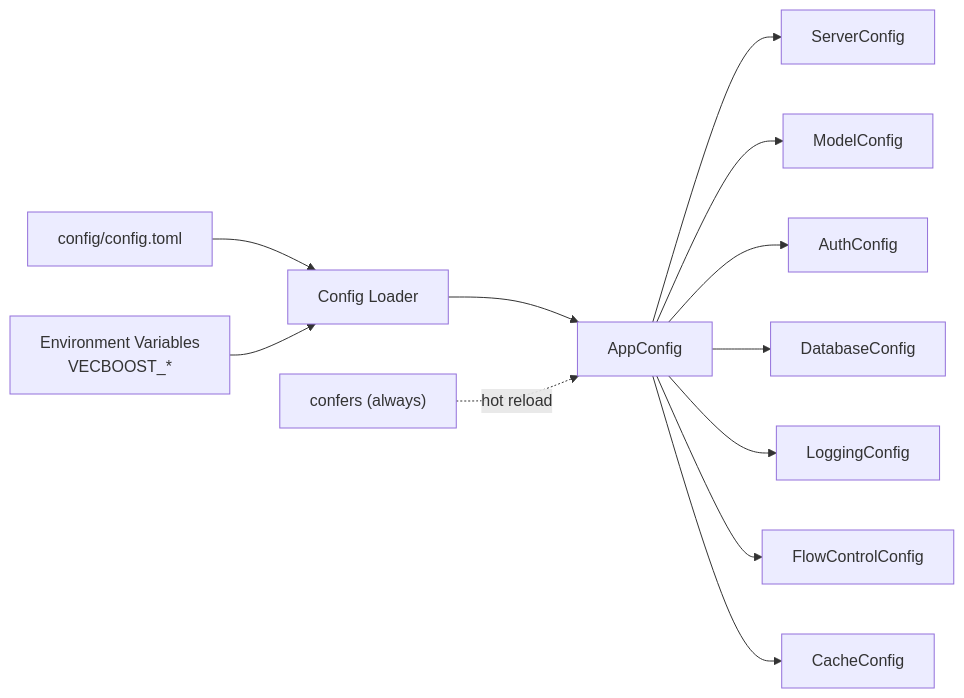
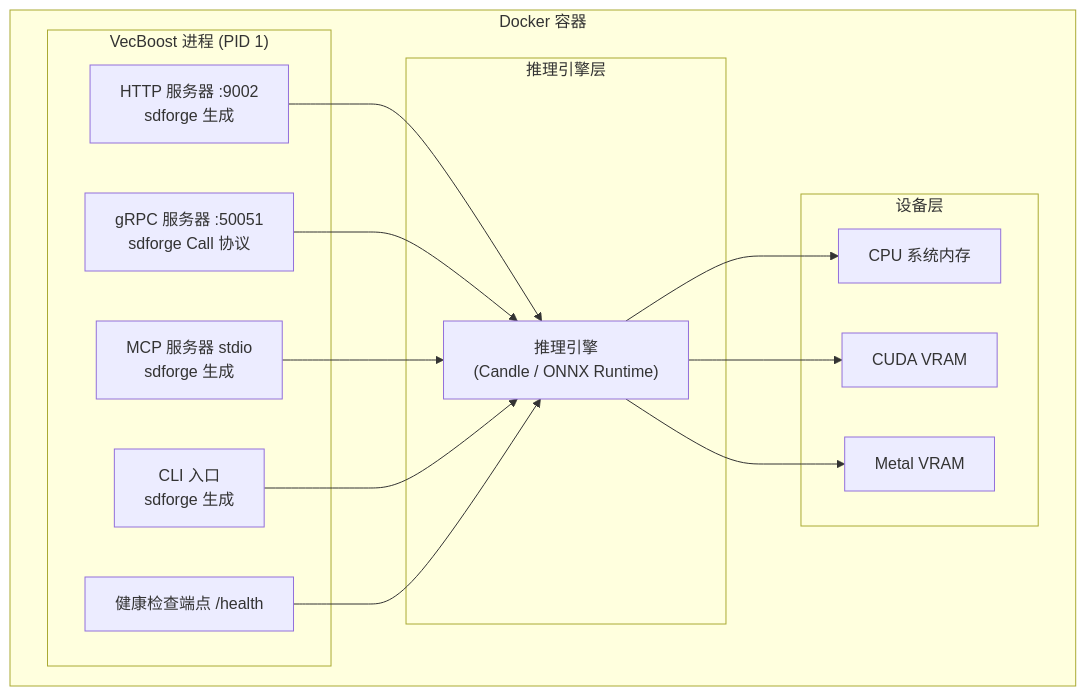
One commit to Kirky-X/vecboost changed the eighth of 8 diagrams in docs/ARCHITECTURE.md. Above: the diagram before and after it, drawn with Mermaid. The commit also changed other lines of this file and 11 other files, not shown here.

````diff
--- a/docs/ARCHITECTURE.md
+++ b/docs/ARCHITECTURE.md
@@ -419,15 +841,32 @@
 ```mermaid
-graph LR
-    TOML["config/config.toml"] --> Loader["Config Loader"]
-    Env["Environment Variables<br/>VECBOOST_*"] --> Loader
-    Loader --> AppConfig["AppConfig"]
-    confers["confers (always)"] -.->|hot reload| AppConfig
+graph TB
+    subgraph Docker["Docker 容器"]
+        subgraph Process["VecBoost 进程 (PID 1)"]
+            HTTP["HTTP 服务器 :9002<br/>sdforge 生成"]
+            GRPC["gRPC 服务器 :50051<br/>sdforge Call 协议"]
+            MCP["MCP 服务器 stdio<br/>sdforge 生成"]
+            CLI["CLI 入口<br/>sdforge 生成"]
+            Health["健康检查端点 /health"]
+        end
 
-    AppConfig --> Server["ServerConfig"]
-    AppConfig --> Model["ModelConfig"]
-    AppConfig --> Auth["AuthConfig"]
-    AppConfig --> Database["DatabaseConfig"]
-    AppConfig --> Logging["LoggingConfig"]
-    AppConfig --> FlowControl["FlowControlConfig"]
-    AppConfig --> Cache["CacheConfig"]
+        subgraph Engine["推理引擎层"]
+            InferenceEngine["推理引擎<br/>(Candle / ONNX Runtime)"]
+        end
+
+        subgraph Device["设备层"]
+            CPU["CPU 系统内存"]
+            CUDA["CUDA VRAM"]
+            Metal["Metal VRAM"]
+        end
+
+        HTTP --> InferenceEngine
+        GRPC --> InferenceEngine
+        MCP --> InferenceEngine
+        CLI --> InferenceEngine
+        Health --> InferenceEngine
+
+        InferenceEngine --> CPU
+        InferenceEngine --> CUDA
+        InferenceEngine --> Metal
+    end
 ```
````
